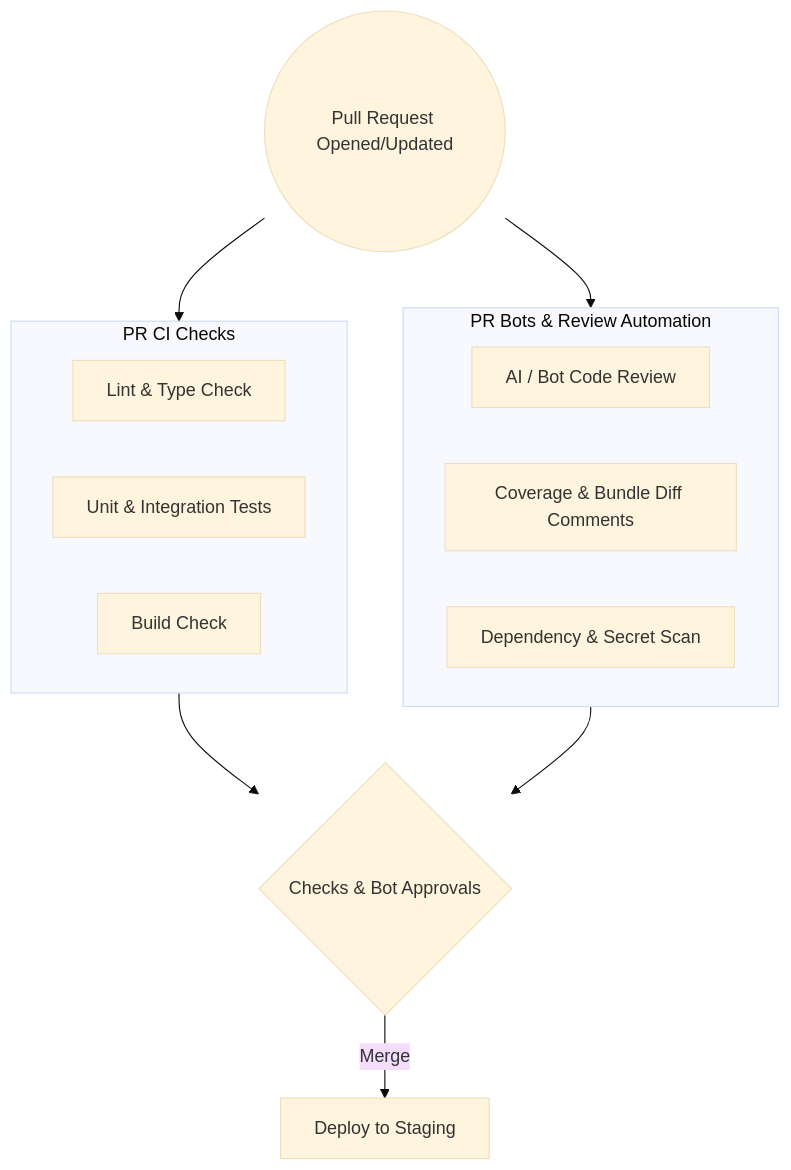
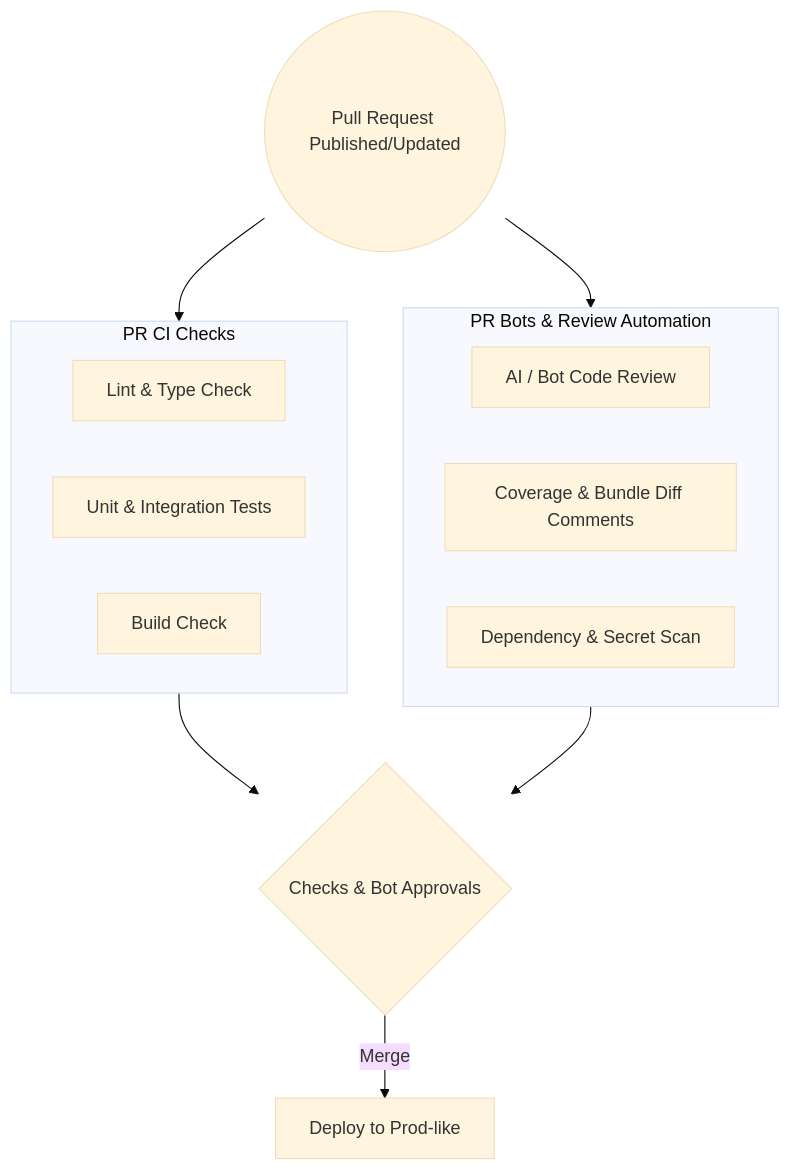
One commit to lgpalnau/ci-cd-examples changed the third of 4 diagrams in README.md. Above: the diagram before and after it, drawn with Mermaid (base theme). The commit also changed other lines of this file, not shown here.

Commit message:
docs: update CI/CD workflow diagrams and descriptions in README

````diff
--- a/README.md
+++ b/README.md
@@ -46,20 +47,20 @@
 ```mermaid
 graph TD
-    PR((Pull Request Opened/Updated)) --> LocalCI[CI Validation Matrix]
+    PR((Pull Request Published/Updated)) --> LocalCI[CI Validation Matrix]
     PR --> BotReview[Automated PR Review]
 
     subgraph BotReview [PR Bots & Review Automation]
     R1[AI / Bot Code Review]
     R2[Coverage & Bundle Diff Comments]
     R3[Dependency & Secret Scan]
     end
 
     subgraph LocalCI [PR CI Checks]
     C1[Lint & Type Check]
     C2[Unit & Integration Tests]
     C3[Build Check]
     end
 
     LocalCI & BotReview --> ReviewPass{Checks & Bot Approvals}
-    ReviewPass -- Merge --> Deploy[Deploy to Staging]
+    ReviewPass -- Merge --> Deploy[Deploy to Prod-like]
 ```
````
